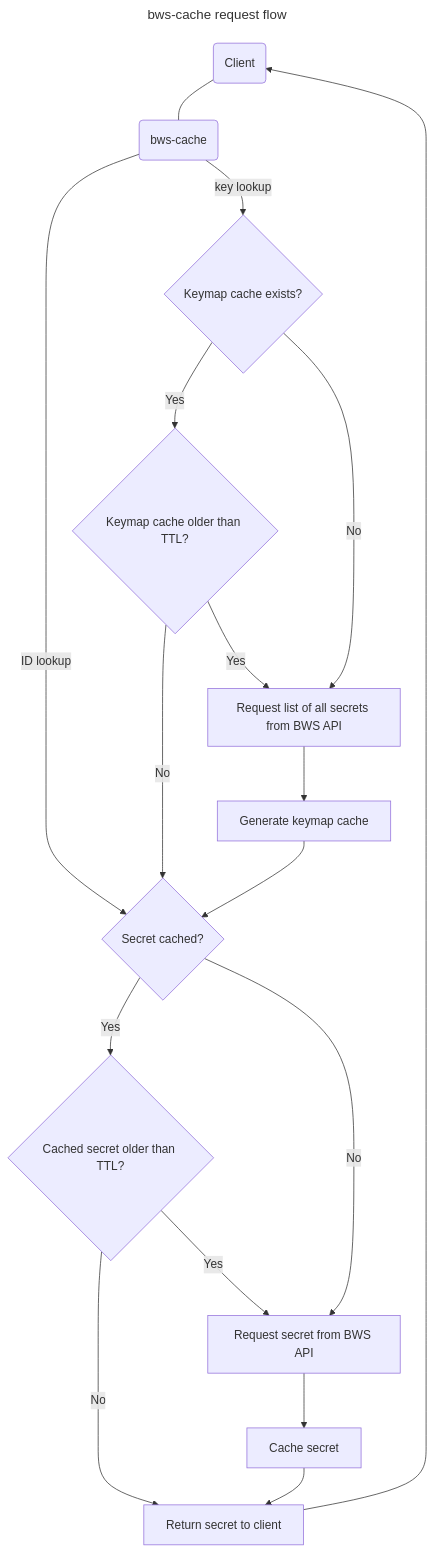
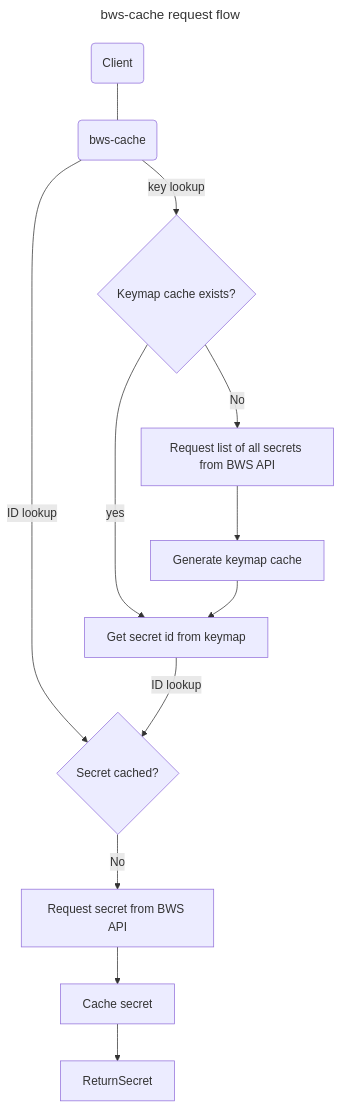
The diagram in README.md (rippleFCL/bws-cache), drawn with Mermaid before and after one commit. The commit also changed other lines of this file, not shown here.

````diff
--- a/README.md
+++ b/README.md
@@ -90,22 +107,18 @@
 ```mermaid
 ---
 title: bws-cache request flow
 ---
 flowchart TD
     Client(Client) --- BwsCache(bws-cache)
     BwsCache -->|ID lookup| IsSecretCached{Secret cached?}
-    IsSecretCached -->|Yes| IsSecretExpired{Cached secret older than TTL?}
-    IsSecretExpired -->|No| ReturnSecret[Return secret to client]
+
     IsSecretCached -->|No| QuerySecret[Request secret from BWS API]
-    IsSecretExpired -->|Yes| QuerySecret
     QuerySecret --> CacheSecret[Cache secret]
     CacheSecret --> ReturnSecret
-    ReturnSecret --> Client
     BwsCache -->|key lookup| IsKeyCacheExist{Keymap cache exists?}
-    IsKeyCacheExist -->|Yes| IsKeyCacheExpired{Keymap cache older than TTL?}
-    IsKeyCacheExpired -->|No| IsSecretCached
     IsKeyCacheExist -->|No| QuerySecretList[Request list of all secrets from BWS API]
+    IsKeyCacheExist -->|yes| LookupIDFromKey[Get secret id from keymap]
+    LookupIDFromKey --> |ID lookup| IsSecretCached{Secret cached?}
     QuerySecretList -->GenKeyCache[Generate keymap cache]
-    GenKeyCache --> IsSecretCached
-    IsKeyCacheExpired -->|Yes| QuerySecretList
+    GenKeyCache --> LookupIDFromKey[Get secret id from keymap]
 ```
````
